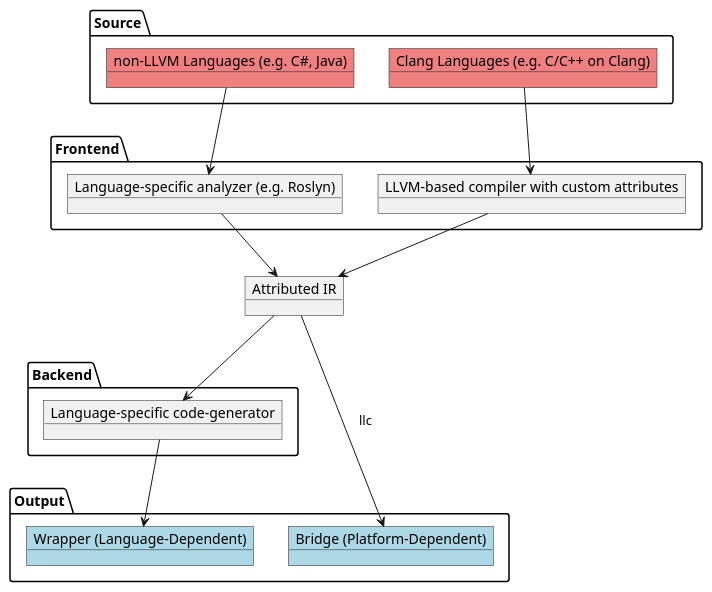
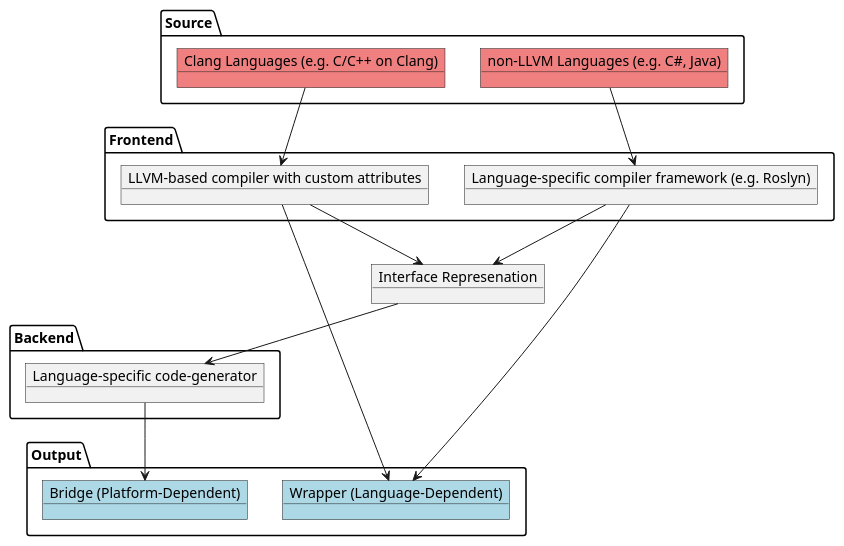
The fifth of 5 diagrams in docs/process.pu (Sharp0802/lilac), drawn with PlantUML before and after one commit. The commit also changed other lines of this file and 10 other files, not shown here.

Commit message:
:bento: Update diagrams for docs

```diff
--- a/docs/process.pu
+++ b/docs/process.pu
@@ -126,39 +126,41 @@
 @startuml compilation
 
 package Source
 {
     object "non-LLVM Languages (e.g. C#, Java)" as NL #LightCoral
     object "Clang Languages (e.g. C/C++ on Clang)" as LL #LightCoral
 }
 
 package Frontend
 {
-    object "Language-specific analyzer (e.g. Roslyn)" as LSA
+    object "Language-specific compiler framework (e.g. Roslyn)" as LSA
     object "LLVM-based compiler with custom attributes" as LC
 }
 
-object "Attributed IR" as IR
+object "Interface Represenation" as IR
 
 package Backend
 {
     object "Language-specific code-generator" as LSCG
 }
 
 package Output
 {
     object "Bridge (Platform-Dependent)" as Bridge #LightBlue
     object "Wrapper (Language-Dependent)" as Wrapper #LightBlue
 }
 
 NL --> LSA
 LSA --> IR
 
 LL --> LC
 LC --> IR
 
-IR --> Bridge : "llc"
+IR --> LSCG
 
-IR --> LSCG
-LSCG --> Wrapper
+LC --> Wrapper
+LSA --> Wrapper
+
+LSCG --> Bridge
 
 @enduml
```
